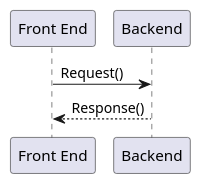
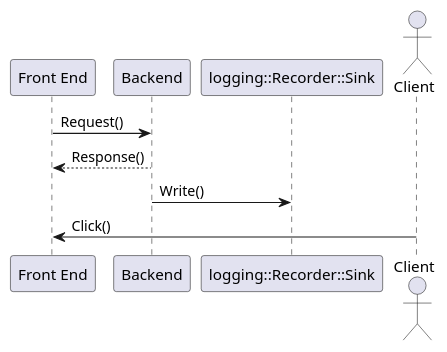
The diagram in plantuml/parser/integration_test/cross_diagram/sequence_forms/sequence_diagram.puml (eclipse-score/tooling), drawn with PlantUML before and after one commit. The commit also changed 82 other files, not shown here.

Commit message:
[plantuml tooling] refactor sequence diagram uid

```diff
--- a/plantuml/parser/integration_test/cross_diagram/sequence_forms/sequence_diagram.puml
+++ b/plantuml/parser/integration_test/cross_diagram/sequence_forms/sequence_diagram.puml
@@ -13,6 +13,10 @@
 @startuml
 participant "Front End" as Frontend
 participant Backend
+participant "logging::Recorder::Sink" as Sink
+actor Client
 Frontend -> Backend : Request()
 Backend --> Frontend : Response()
+Backend -> Sink : Write()
+Client -> Frontend : Click()
 @enduml
```
